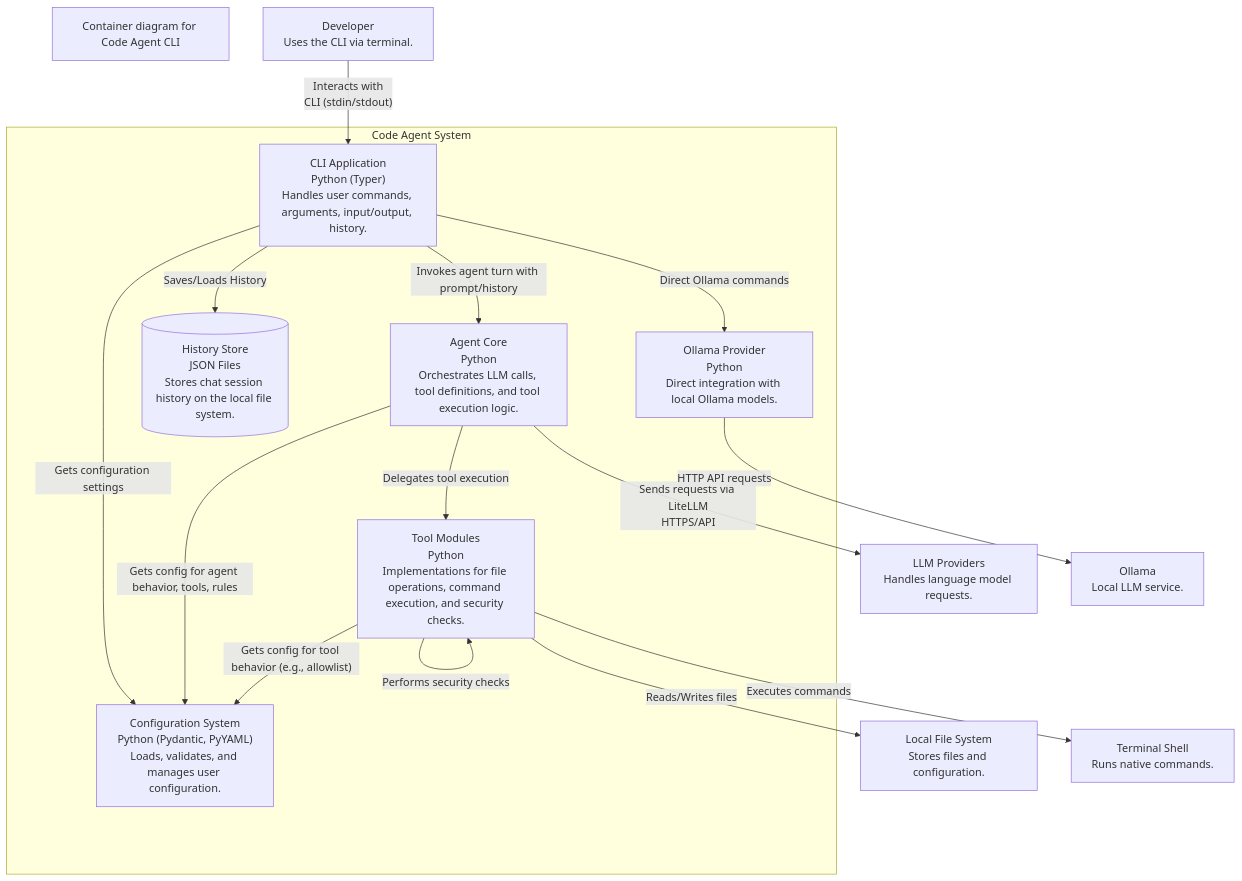
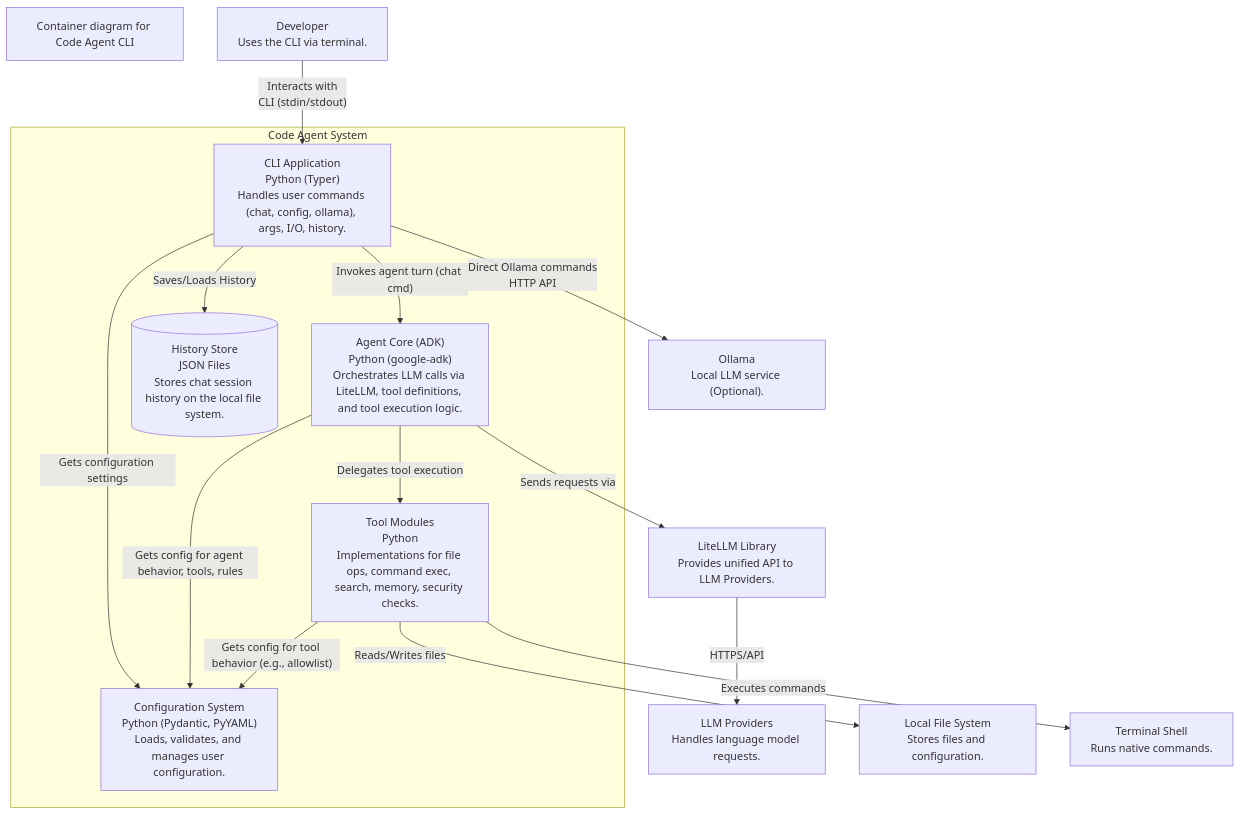
The second of 4 diagrams in docs/getting_started_architecture.md (BlueCentre/code-agent), drawn with Mermaid before and after one commit. The commit also changed other lines of this file and 36 other files, not shown here.

````diff
--- a/docs/getting_started_architecture.md
+++ b/docs/getting_started_architecture.md
@@ -31,37 +31,35 @@
 ```mermaid
 flowchart TD
     title["Container diagram for Code Agent CLI"]
 
     user["Developer<br>Uses the CLI via terminal."]
     llm_providers["LLM Providers<br>Handles language model requests."]
-    ollama["Ollama<br>Local LLM service."]
+    ollama["Ollama<br>Local LLM service (Optional)."]
     file_system["Local File System<br>Stores files and configuration."]
     terminal["Terminal Shell<br>Runs native commands."]
+    litellm_lib["LiteLLM Library<br>Provides unified API to LLM Providers."]
 
     subgraph cli_boundary["Code Agent System"]
-        cli_app["CLI Application<br>Python (Typer)<br>Handles user commands, arguments, input/output, history."]
-        agent_core["Agent Core<br>Python<br>Orchestrates LLM calls, tool definitions, and tool execution logic."]
+        cli_app["CLI Application<br>Python (Typer)<br>Handles user commands (chat, config, ollama), args, I/O, history."]
+        agent_core["Agent Core (ADK)<br>Python (google-adk)<br>Orchestrates LLM calls via LiteLLM, tool definitions, and tool execution logic."]
         config_system["Configuration System<br>Python (Pydantic, PyYAML)<br>Loads, validates, and manages user configuration."]
-        tool_modules["Tool Modules<br>Python<br>Implementations for file operations, command execution, and security checks."]
+        tool_modules["Tool Modules<br>Python<br>Implementations for file ops, command exec, search, memory, security checks."]
         history_store[(History Store<br>JSON Files<br>Stores chat session history on the local file system.)]
-        ollama_provider["Ollama Provider<br>Python<br>Direct integration with local Ollama models."]
     end
 
     user --> |"Interacts with<br>CLI (stdin/stdout)"| cli_app
 
-    cli_app --> |"Invokes agent turn with prompt/history"| agent_core
+    cli_app --> |"Invokes agent turn (chat cmd)"| agent_core
     cli_app --> |"Gets configuration settings"| config_system
     cli_app --> |"Saves/Loads History"| history_store
-    cli_app --> |"Direct Ollama commands"| ollama_provider
+    cli_app --> |"Direct Ollama commands<br>HTTP API"| ollama
 
     agent_core --> |"Gets config for agent behavior, tools, rules"| config_system
-    agent_core --> |"Sends requests via LiteLLM<br>HTTPS/API"| llm_providers
+    agent_core --> |"Sends requests via"| litellm_lib
+    litellm_lib --> |"HTTPS/API"| llm_providers
     agent_core --> |"Delegates tool execution"| tool_modules
-
-    ollama_provider --> |"HTTP API requests"| ollama
 
     tool_modules --> |"Gets config for tool behavior (e.g., allowlist)"| config_system
     tool_modules --> |"Reads/Writes files"| file_system
     tool_modules --> |"Executes commands"| terminal
-    tool_modules --> |"Performs security checks"| tool_modules
 ```
````
